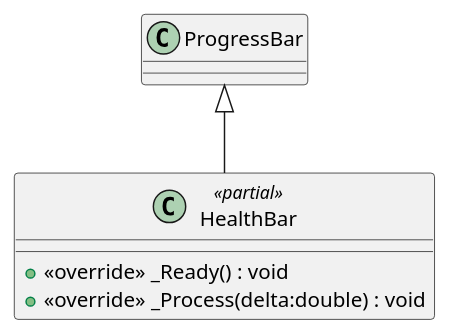
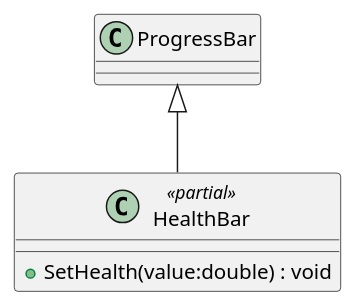
The diagram in PlantUML/scripts/HealthBar.puml (Leximon-SWE-2025/Leximon), drawn with PlantUML before and after one commit. The commit also changed 13 other files, not shown here.

Commit message:
update UML

```diff
--- a/PlantUML/scripts/HealthBar.puml
+++ b/PlantUML/scripts/HealthBar.puml
@@ -1,7 +1,6 @@
 @startuml
 class HealthBar <<partial>> {
-    + <<override>> _Ready() : void
-    + <<override>> _Process(delta:double) : void
+    + SetHealth(value:double) : void
 }
 ProgressBar <|-- HealthBar
 @enduml
```
